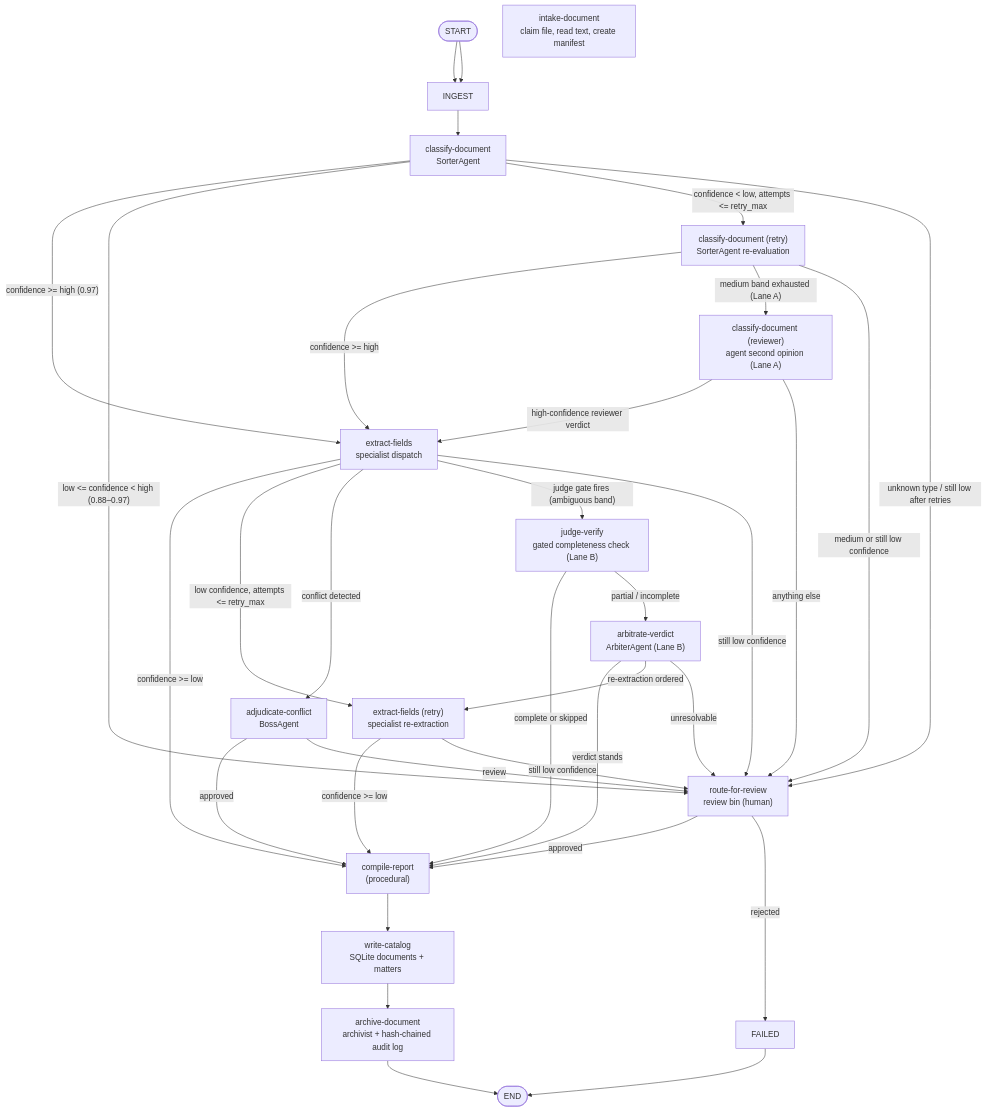
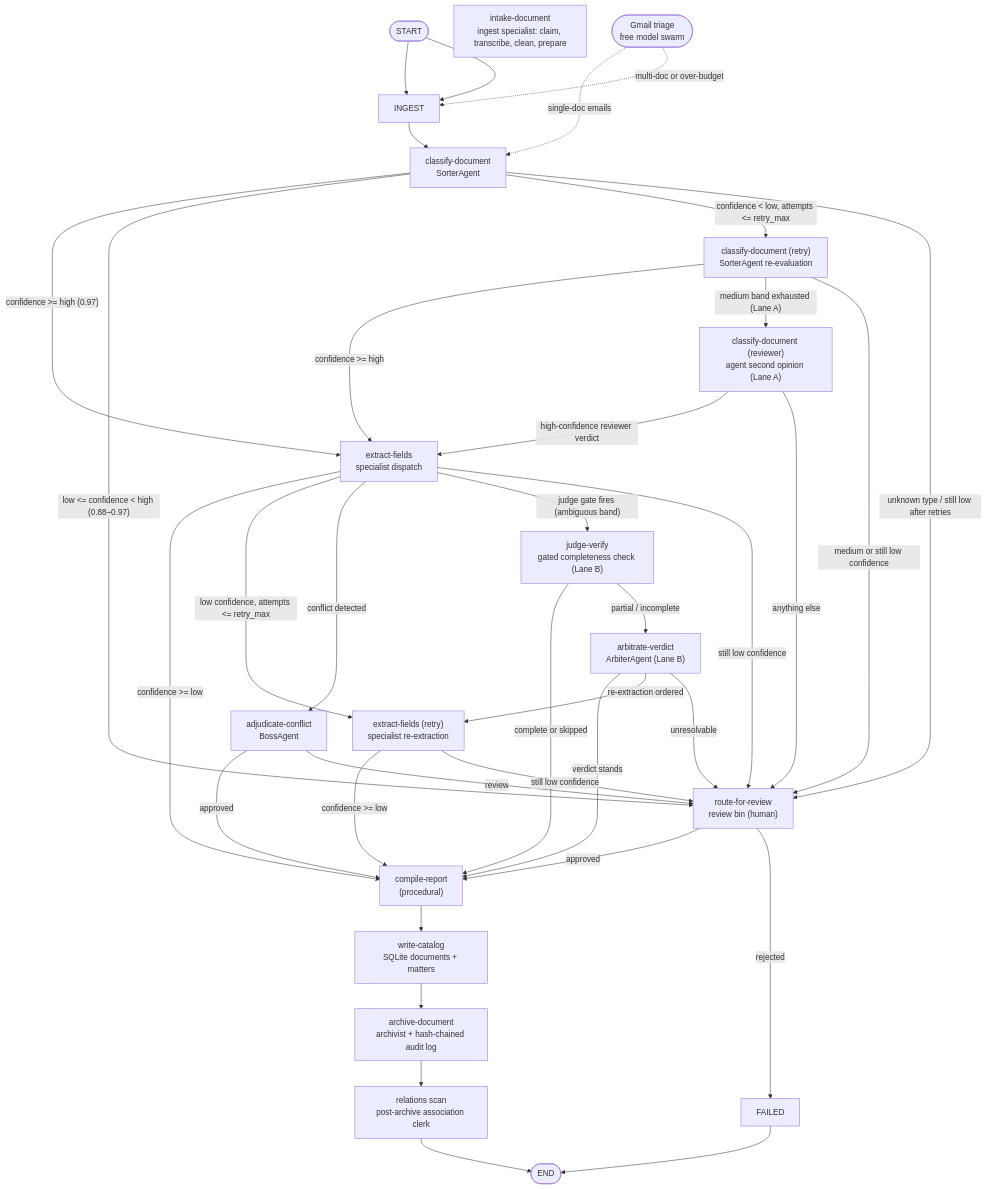
Before and after one commit to Exios66/llm-mailroom: the first of 2 diagrams in README.md, drawn with Mermaid. The commit also changed other lines of this file and 4 other files, not shown here.

````diff
--- a/README.md
+++ b/README.md
@@ -128,53 +130,57 @@
 ```mermaid
 flowchart TD
     START([START]) --> INGEST
 
-    INTAKE["intake-document<br/>claim file, read text, create manifest"]
+    INTAKE["intake-document<br/>ingest specialist: claim, transcribe, clean, prepare"]
     CLASSIFY["classify-document<br/>SorterAgent"]
     RETRY_CLASS["classify-document (retry)<br/>SorterAgent re-evaluation"]
     REVIEW_CLASS["classify-document (reviewer)<br/>agent second opinion (Lane A)"]
     EXTRACT["extract-fields<br/>specialist dispatch"]
     RETRY_EXTRACT["extract-fields (retry)<br/>specialist re-extraction"]
     JUDGE["judge-verify<br/>gated completeness check (Lane B)"]
     ARBITER["arbitrate-verdict<br/>ArbiterAgent (Lane B)"]
     BOSS["adjudicate-conflict<br/>BossAgent"]
     REVIEW["route-for-review<br/>review bin (human)"]
     REPORT["compile-report<br/>(procedural)"]
     CATALOG["write-catalog<br/>SQLite documents + matters"]
     ARCHIVE["archive-document<br/>archivist + hash-chained audit log"]
+    RELATIONS["relations scan<br/>post-archive association clerk"]
     FAILED["FAILED"]
     ENDX([END])
 
     START --> INGEST
     INGEST --> CLASSIFY
 
     CLASSIFY -- "confidence >= high (0.97)" --> EXTRACT
     CLASSIFY -- "low <= confidence < high (0.88–0.97)" --> REVIEW
     CLASSIFY -- "confidence < low, attempts <= retry_max" --> RETRY_CLASS
     CLASSIFY -- "unknown type / still low after retries" --> REVIEW
     RETRY_CLASS -- "confidence >= high" --> EXTRACT
     RETRY_CLASS -- "medium band exhausted (Lane A)" --> REVIEW_CLASS
     RETRY_CLASS -- "medium or still low confidence" --> REVIEW
     REVIEW_CLASS -- "high-confidence reviewer verdict" --> EXTRACT
     REVIEW_CLASS -- "anything else" --> REVIEW
 
     EXTRACT -- "confidence >= low" --> REPORT
     EXTRACT -- "low confidence, attempts <= retry_max" --> RETRY_EXTRACT
     EXTRACT -- "conflict detected" --> BOSS
     EXTRACT -- "judge gate fires (ambiguous band)" --> JUDGE
     EXTRACT -- "still low confidence" --> REVIEW
     RETRY_EXTRACT -- "confidence >= low" --> REPORT
     RETRY_EXTRACT -- "still low confidence" --> REVIEW
 
     JUDGE -- "complete or skipped" --> REPORT
     JUDGE -- "partial / incomplete" --> ARBITER
     ARBITER -- "verdict stands" --> REPORT
     ARBITER -- "re-extraction ordered" --> RETRY_EXTRACT
     ARBITER -- "unresolvable" --> REVIEW
     BOSS -- "approved" --> REPORT
     BOSS -- "review" --> REVIEW
     REVIEW -- "approved" --> REPORT
     REVIEW -- "rejected" --> FAILED --> ENDX
 
-    REPORT --> CATALOG --> ARCHIVE --> ENDX
+    REPORT --> CATALOG --> ARCHIVE --> RELATIONS --> ENDX
+
+    GMAIL([Gmail triage<br/>free model swarm]) -.->|single-doc emails| CLASSIFY
+    GMAIL -.->|multi-doc or over-budget| INGEST
 ```
````
